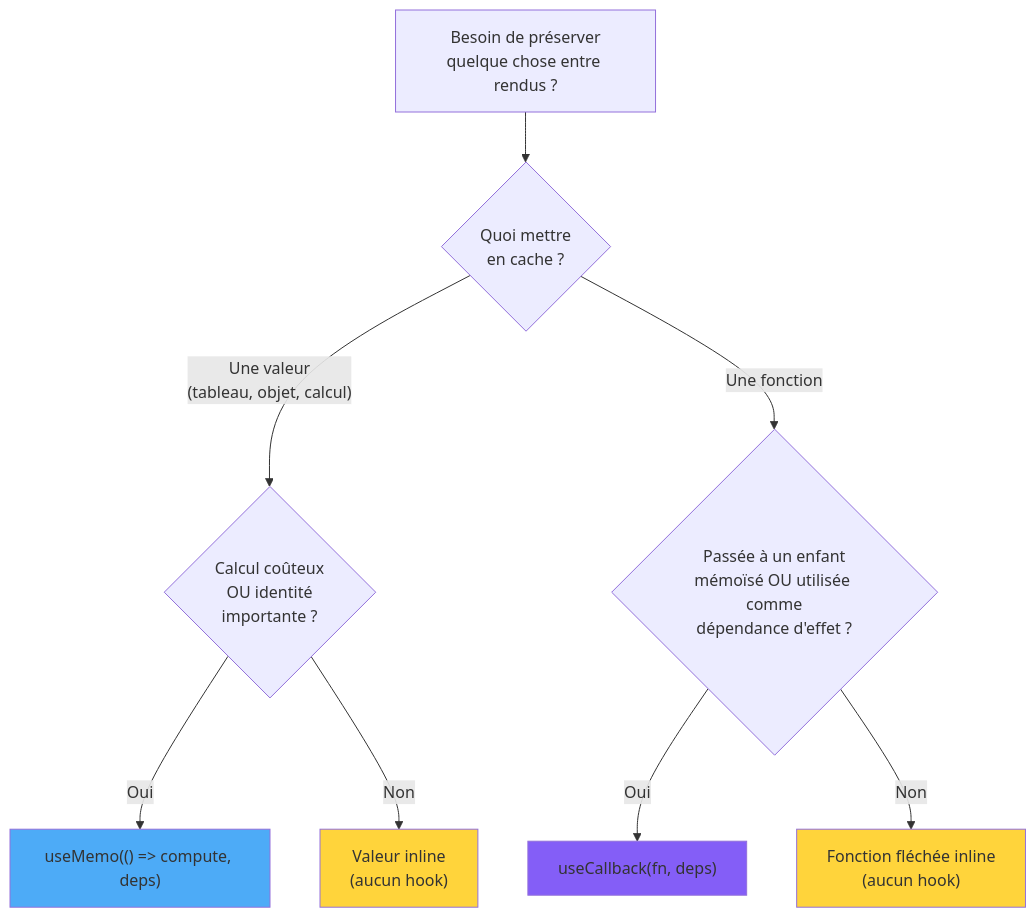
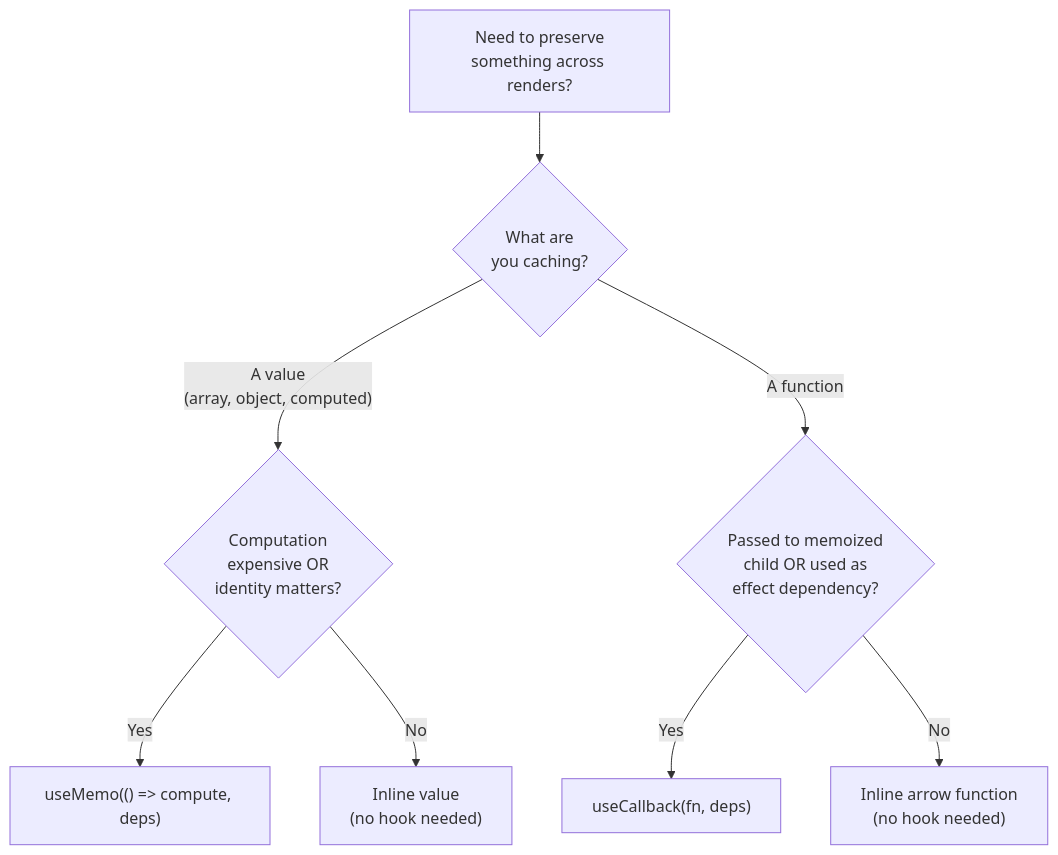
One commit to BabaScience/react-guides changed the third of 5 diagrams in arguments/chapters/fr/09-performance-optimization.md. Above: the diagram before and after it, drawn with Mermaid. The commit also changed other lines of this file and 29 other files, not shown here.

First line of the commit message:
Bring React FR/IT translations to full English parity + theme-safe diagrams

````diff
--- a/arguments/chapters/fr/09-performance-optimization.md
+++ b/arguments/chapters/fr/09-performance-optimization.md
@@ -102,15 +554,11 @@
 ```mermaid
 flowchart TD
-    A["Besoin de préserver<br/>quelque chose entre rendus ?"] --> B{"Quoi mettre<br/>en cache ?"}
-    B -->|"Une valeur<br/>(tableau, objet, calcul)"| C{"Calcul coûteux<br/>OU identité<br/>importante ?"}
-    B -->|"Une fonction"| D{"Passée à un enfant<br/>mémoïsé OU utilisée comme<br/>dépendance d'effet ?"}
-    C -->|Oui| E["useMemo(() => compute, deps)"]
-    C -->|Non| F["Valeur inline<br/>(aucun hook)"]
-    D -->|Oui| G["useCallback(fn, deps)"]
-    D -->|Non| H["Fonction fléchée inline<br/>(aucun hook)"]
+    A["Need to preserve<br/>something across renders?"] --> B{"What are<br/>you caching?"}
+    B -->|"A value<br/>(array, object, computed)"| C{"Computation<br/>expensive OR<br/>identity matters?"}
+    B -->|"A function"| D{"Passed to memoized<br/>child OR used as<br/>effect dependency?"}
+    C -->|Yes| E["useMemo(() => compute, deps)"]
+    C -->|No| F["Inline value<br/>(no hook needed)"]
+    D -->|Yes| G["useCallback(fn, deps)"]
+    D -->|No| H["Inline arrow function<br/>(no hook needed)"]
 
-    style E fill:#4dabf7
-    style G fill:#845ef7
-    style F fill:#ffd43b
-    style H fill:#ffd43b
 ```
````
